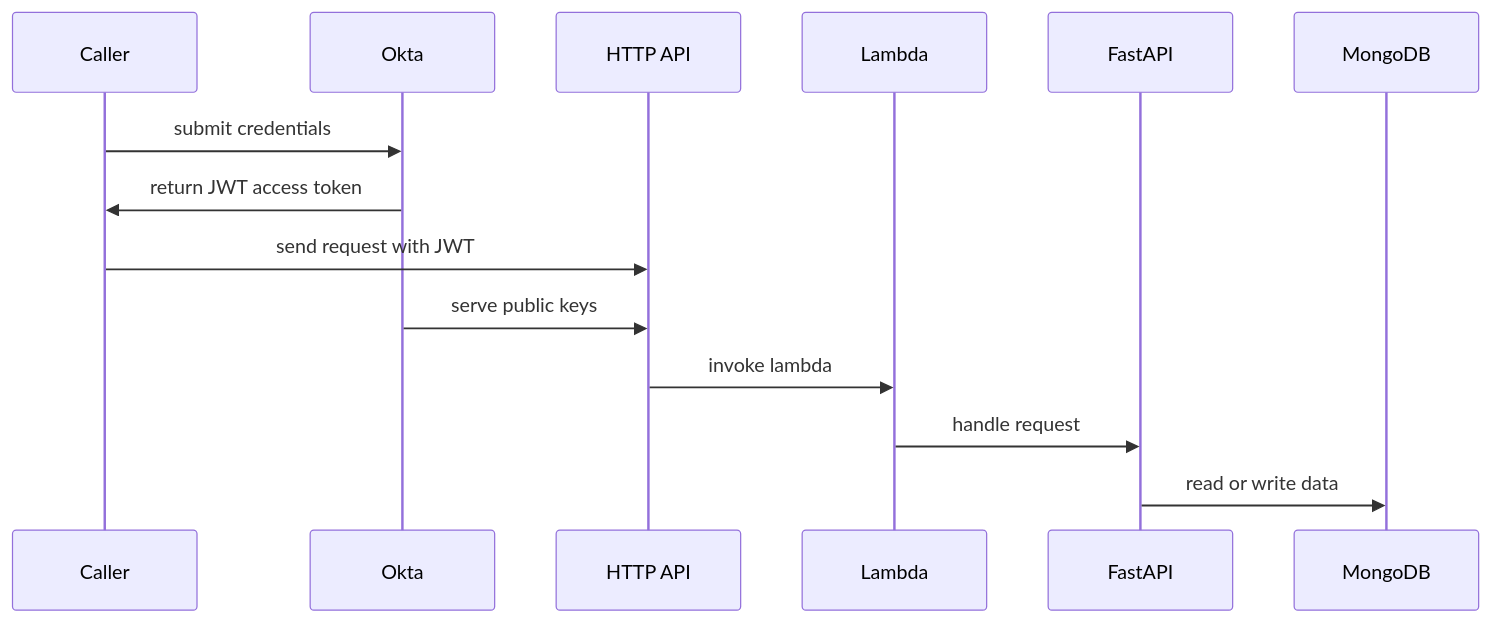
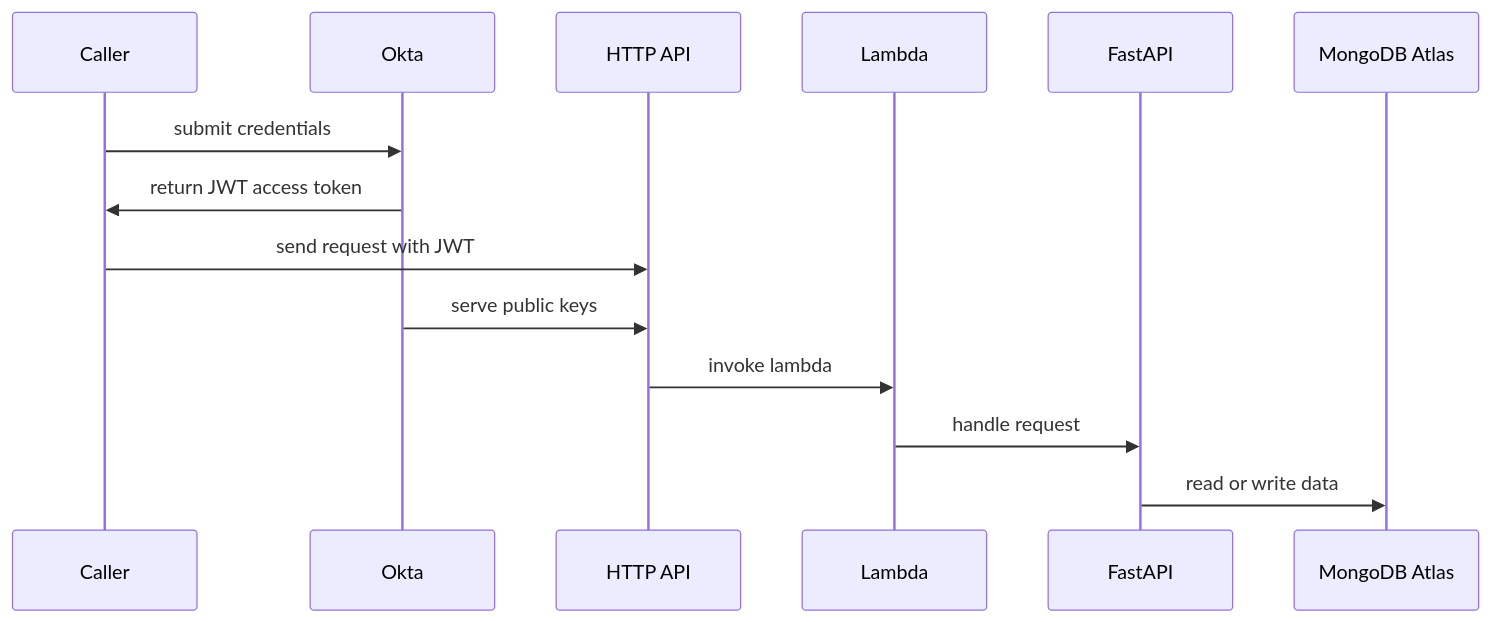
One commit to rkhullar/example-webapp changed the diagram in docs/images/architecture-sequence-diagram.md. Above: the diagram before and after it, drawn with Mermaid.

````diff
--- a/docs/images/architecture-sequence-diagram.md
+++ b/docs/images/architecture-sequence-diagram.md
@@ -1,10 +1,10 @@
 ```mermaid
 sequenceDiagram
 Caller->>Okta: submit credentials
 Okta->>Caller: return JWT access token
 Caller->>HTTP API: send request with JWT
 Okta->>HTTP API: serve public keys
 HTTP API->>Lambda: invoke lambda
 Lambda->>FastAPI: handle request
-FastAPI->>MongoDB: read or write data
+FastAPI->>MongoDB Atlas: read or write data
 ```
````
